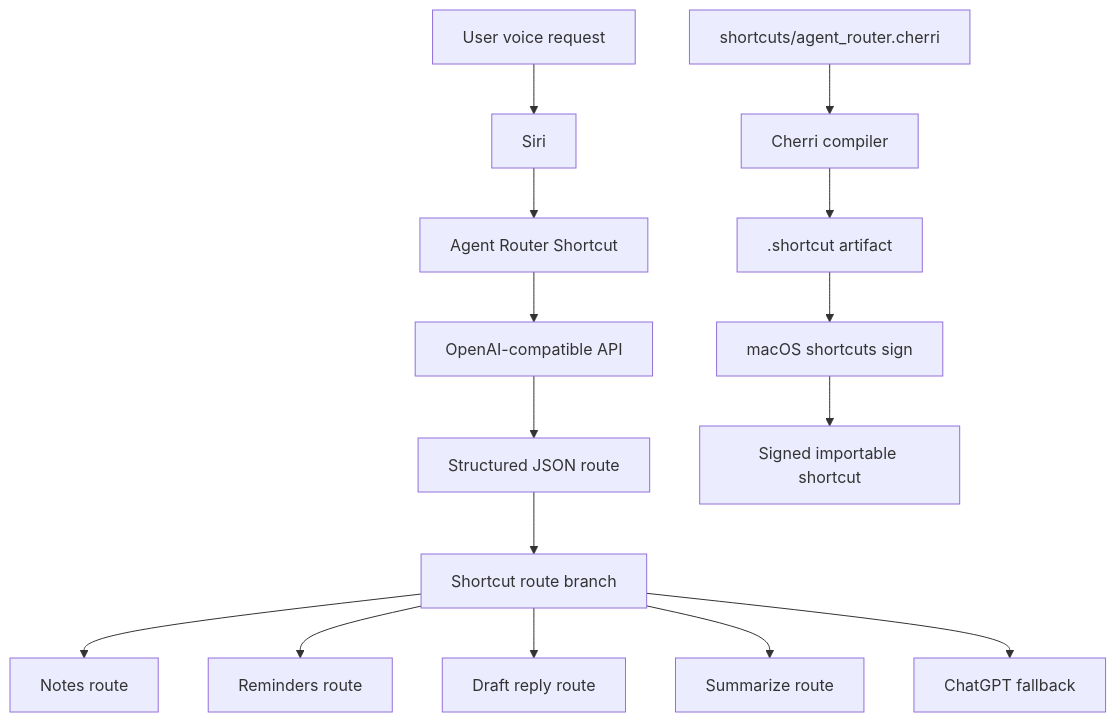
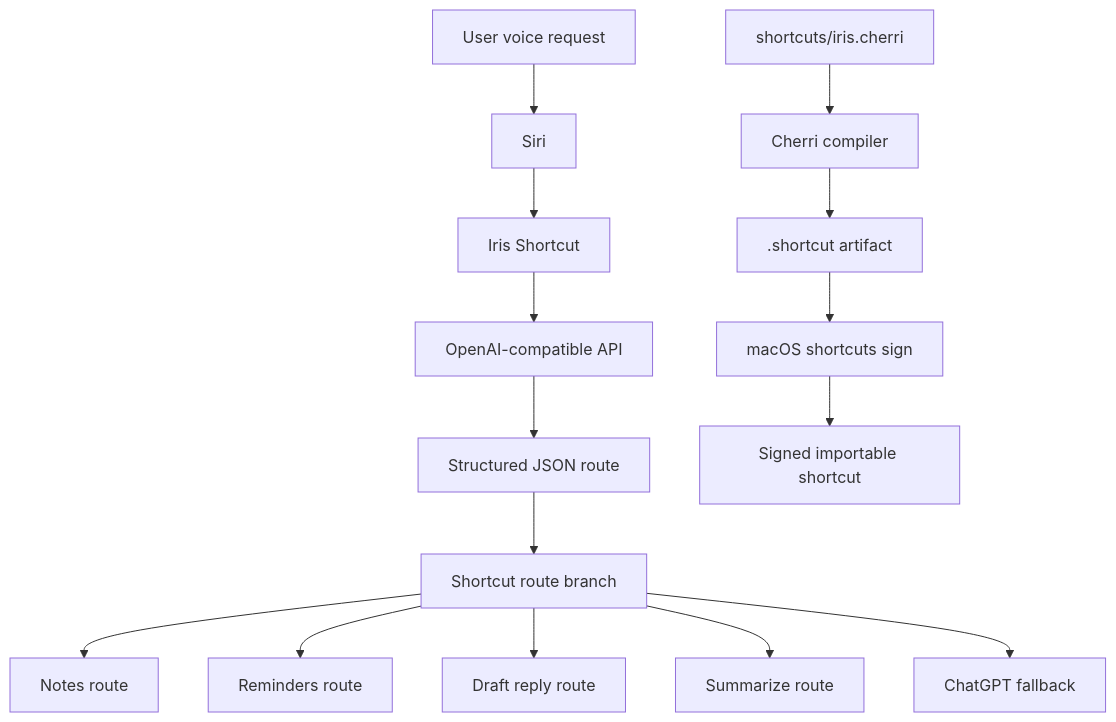
Before and after one commit to AffanShaikhsurab/iris: the diagram in PLAN.md, drawn with Mermaid. The commit also changed other lines of this file and 26 other files, not shown here.

First line of the commit message:
Rename project from Agent Router to Iris

````diff
--- a/PLAN.md
+++ b/PLAN.md
@@ -64,18 +64,18 @@
 ```mermaid
 flowchart TD
   User["User voice request"] --> Siri["Siri"]
-  Siri --> Shortcut["Agent Router Shortcut"]
+  Siri --> Shortcut["Iris Shortcut"]
   Shortcut --> Planner["OpenAI-compatible API"]
   Planner --> Json["Structured JSON route"]
   Json --> Router["Shortcut route branch"]
   Router --> Notes["Notes route"]
   Router --> Reminders["Reminders route"]
   Router --> Draft["Draft reply route"]
   Router --> Summary["Summarize route"]
   Router --> ChatGPT["ChatGPT fallback"]
 
-  Source["shortcuts/agent_router.cherri"] --> Cherri["Cherri compiler"]
+  Source["shortcuts/iris.cherri"] --> Cherri["Cherri compiler"]
   Cherri --> ShortcutFile[".shortcut artifact"]
   ShortcutFile --> Signing["macOS shortcuts sign"]
   Signing --> SignedShortcut["Signed importable shortcut"]
 ```
````
